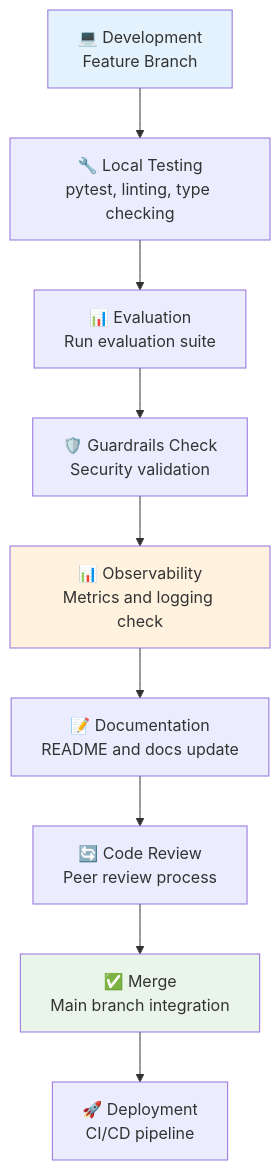
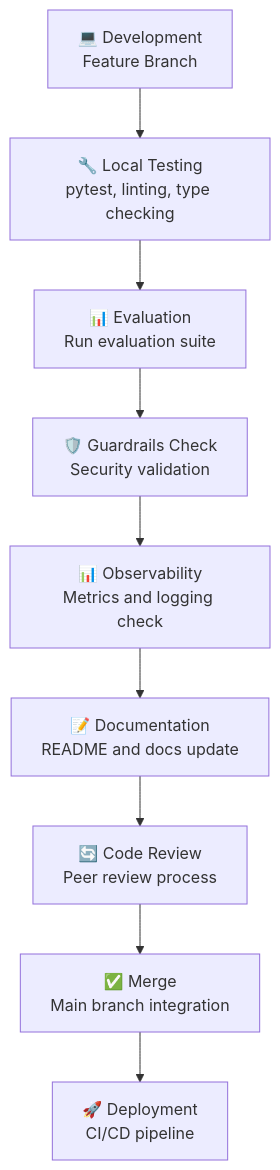
One commit to narenallam/AgenticTestGenerator changed diagram 13 of 13 in ARCHITECTURE.md. Above: the diagram before and after it, drawn with Mermaid. The commit also changed other lines of this file, not shown here.

````diff
--- a/ARCHITECTURE.md
+++ b/ARCHITECTURE.md
@@ -1033,15 +1004,13 @@
 ```mermaid
 flowchart TD
     A[💻 Development<br/>Feature Branch] --> B[🔧 Local Testing<br/>pytest, linting, type checking]
     B --> C[📊 Evaluation<br/>Run evaluation suite]
     C --> D[🛡️ Guardrails Check<br/>Security validation]
     D --> E[📊 Observability<br/>Metrics and logging check]
     E --> F[📝 Documentation<br/>README and docs update]
     F --> G[🔄 Code Review<br/>Peer review process]
     G --> H[✅ Merge<br/>Main branch integration]
     H --> I[🚀 Deployment<br/>CI/CD pipeline]
 
-    style A fill:#e3f2fd
-    style H fill:#e8f5e8
-    style E fill:#fff3e0
+
 ```
````
